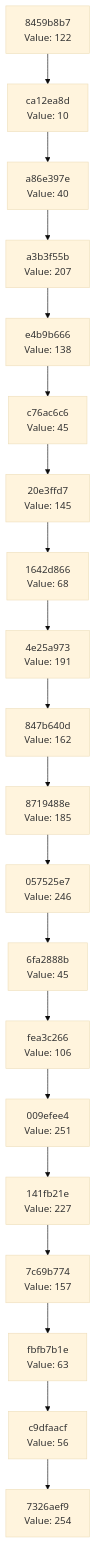
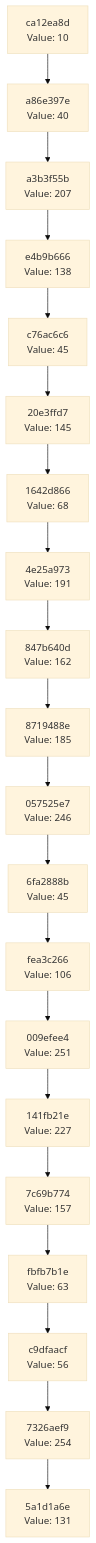
The diagram in docs/CHAIN_VISUALIZATION.md (Abhisheksinha1506/hash-chain-evolver), drawn with Mermaid (base theme) before and after one commit. The commit also changed 2 other files, not shown here.

Commit message:
Evolution Step

````diff
--- a/docs/CHAIN_VISUALIZATION.md
+++ b/docs/CHAIN_VISUALIZATION.md
@@ -3,42 +3,42 @@
 ```mermaid
 graph TD
-    C0["7326aef9<br/>Value: 254"]
-    C1["c9dfaacf<br/>Value: 56"]
+    C0["5a1d1a6e<br/>Value: 131"]
+    C1["7326aef9<br/>Value: 254"]
     C1 --> C0
-    C2["fbfb7b1e<br/>Value: 63"]
+    C2["c9dfaacf<br/>Value: 56"]
     C2 --> C1
-    C3["7c69b774<br/>Value: 157"]
+    C3["fbfb7b1e<br/>Value: 63"]
     C3 --> C2
-    C4["141fb21e<br/>Value: 227"]
+    C4["7c69b774<br/>Value: 157"]
     C4 --> C3
-    C5["009efee4<br/>Value: 251"]
+    C5["141fb21e<br/>Value: 227"]
     C5 --> C4
-    C6["fea3c266<br/>Value: 106"]
+    C6["009efee4<br/>Value: 251"]
     C6 --> C5
-    C7["6fa2888b<br/>Value: 45"]
+    C7["fea3c266<br/>Value: 106"]
     C7 --> C6
-    C8["057525e7<br/>Value: 246"]
+    C8["6fa2888b<br/>Value: 45"]
     C8 --> C7
-    C9["8719488e<br/>Value: 185"]
+    C9["057525e7<br/>Value: 246"]
     C9 --> C8
-    C10["847b640d<br/>Value: 162"]
+    C10["8719488e<br/>Value: 185"]
     C10 --> C9
-    C11["4e25a973<br/>Value: 191"]
+    C11["847b640d<br/>Value: 162"]
     C11 --> C10
-    C12["1642d866<br/>Value: 68"]
+    C12["4e25a973<br/>Value: 191"]
     C12 --> C11
-    C13["20e3ffd7<br/>Value: 145"]
+    C13["1642d866<br/>Value: 68"]
     C13 --> C12
-    C14["c76ac6c6<br/>Value: 45"]
+    C14["20e3ffd7<br/>Value: 145"]
     C14 --> C13
-    C15["e4b9b666<br/>Value: 138"]
+    C15["c76ac6c6<br/>Value: 45"]
     C15 --> C14
-    C16["a3b3f55b<br/>Value: 207"]
+    C16["e4b9b666<br/>Value: 138"]
     C16 --> C15
-    C17["a86e397e<br/>Value: 40"]
+    C17["a3b3f55b<br/>Value: 207"]
     C17 --> C16
-    C18["ca12ea8d<br/>Value: 10"]
+    C18["a86e397e<br/>Value: 40"]
     C18 --> C17
-    C19["8459b8b7<br/>Value: 122"]
+    C19["ca12ea8d<br/>Value: 10"]
     C19 --> C18
 ```
````
